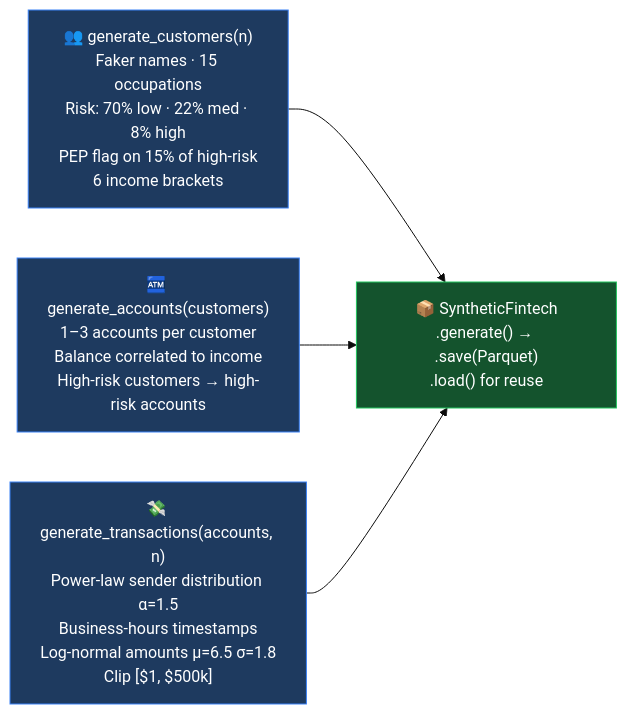
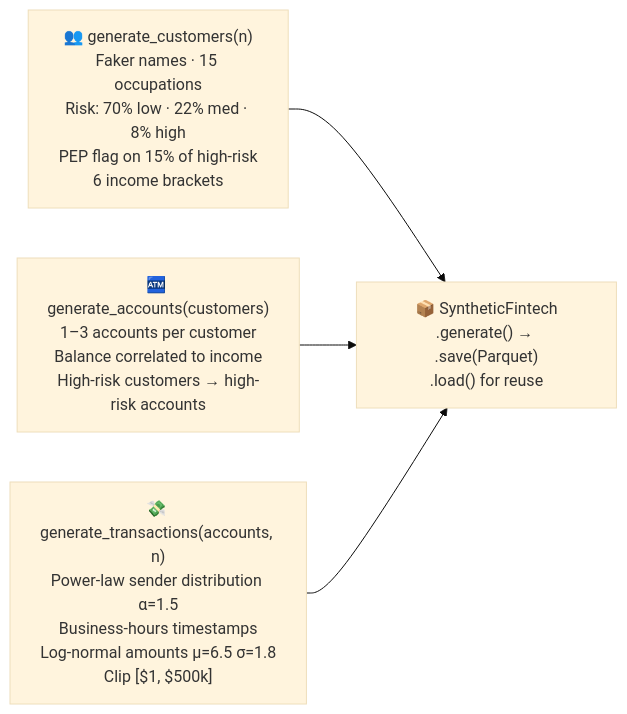
The second of 23 diagrams in README.md (gregorizeidler/AML-multiverse-simulator), drawn with Mermaid (base theme) before and after one commit. The commit also changed other lines of this file, not shown here.

Commit message:
fix: remove all custom mermaid style directives incompatible with GitHub renderer

````diff
--- a/README.md
+++ b/README.md
@@ -442,12 +431,8 @@
 ```mermaid
 flowchart LR
-    style A fill:#1e3a5f,stroke:#3b82f6,color:#fff
-    style B fill:#1e3a5f,stroke:#3b82f6,color:#fff
-    style C fill:#1e3a5f,stroke:#3b82f6,color:#fff
-    style D fill:#14532d,stroke:#22c55e,color:#fff
 
     A["👥 generate_customers(n)\nFaker names · 15 occupations\nRisk: 70% low · 22% med · 8% high\nPEP flag on 15% of high-risk\n6 income brackets"] --> D
     B["🏧 generate_accounts(customers)\n1–3 accounts per customer\nBalance correlated to income\nHigh-risk customers → high-risk accounts"] --> D
     C["💸 generate_transactions(accounts, n)\nPower-law sender distribution α=1.5\nBusiness-hours timestamps\nLog-normal amounts μ=6.5 σ=1.8\nClip [$1, $500k]"] --> D
     D["📦 SyntheticFintech\n.generate() → .save(Parquet)\n.load() for reuse"]
 ```
````
